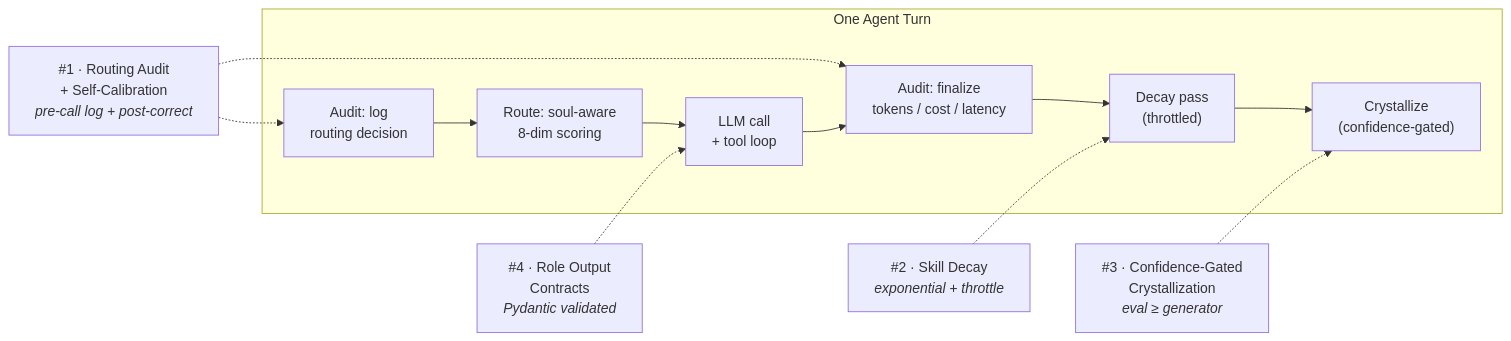
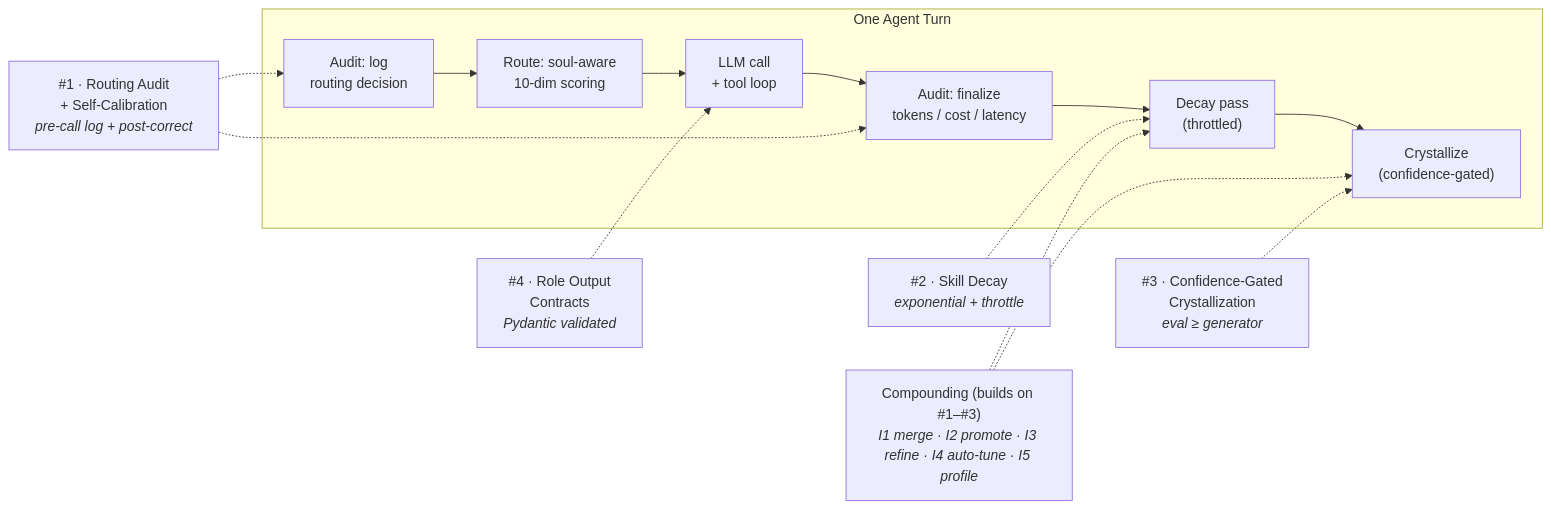
Before and after one commit to MuhammadHasbiAshshiddieqy/OpenClawn: the fourth of 5 diagrams in README.md, drawn with Mermaid. The commit also changed other lines of this file, not shown here.

First line of the commit message:
docs(readme): bring all architecture diagrams up to v0.4

````diff
--- a/README.md
+++ b/README.md
@@ -308,16 +340,19 @@
 ```mermaid
 flowchart LR
     subgraph TURN["One Agent Turn"]
-        T1["Audit: log<br/>routing decision"] --> T2["Route: soul-aware<br/>8-dim scoring"]
+        T1["Audit: log<br/>routing decision"] --> T2["Route: soul-aware<br/>10-dim scoring"]
         T2 --> T3["LLM call<br/>+ tool loop"]
         T3 --> T4["Audit: finalize<br/>tokens / cost / latency"]
         T4 --> T5["Decay pass<br/>(throttled)"]
         T5 --> T6["Crystallize<br/>(confidence-gated)"]
     end
 
     I1["#1 · Routing Audit<br/>+ Self-Calibration<br/><i>pre-call log + post-correct</i>"] -.-> T1
     I1 -.-> T4
     I2["#2 · Skill Decay<br/><i>exponential + throttle</i>"] -.-> T5
     I3["#3 · Confidence-Gated<br/>Crystallization<br/><i>eval &ge; generator</i>"] -.-> T6
     I4["#4 · Role Output<br/>Contracts<br/><i>Pydantic validated</i>"] -.-> T3
+
+    C["Compounding (builds on #1–#3)<br/><i>I1 merge · I2 promote · I3 refine · I4 auto-tune · I5 profile</i>"] -.-> T5
+    C -.-> T6
 ```
````
